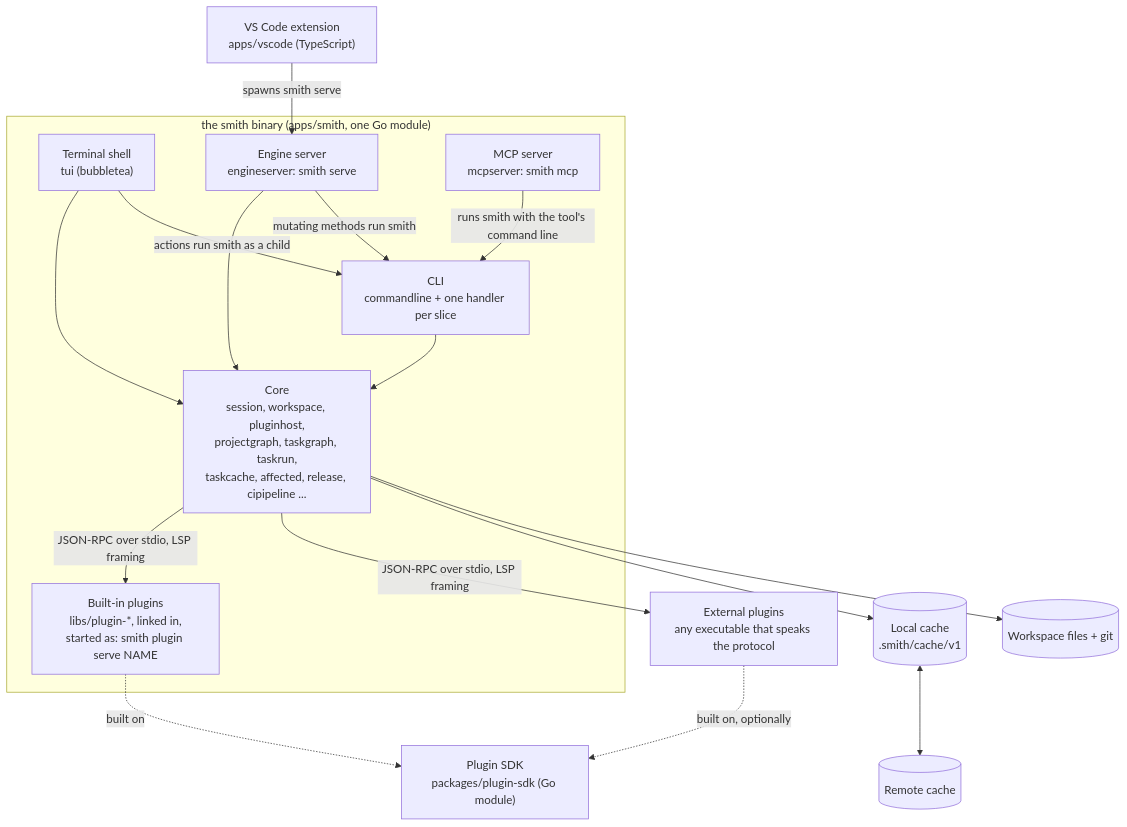
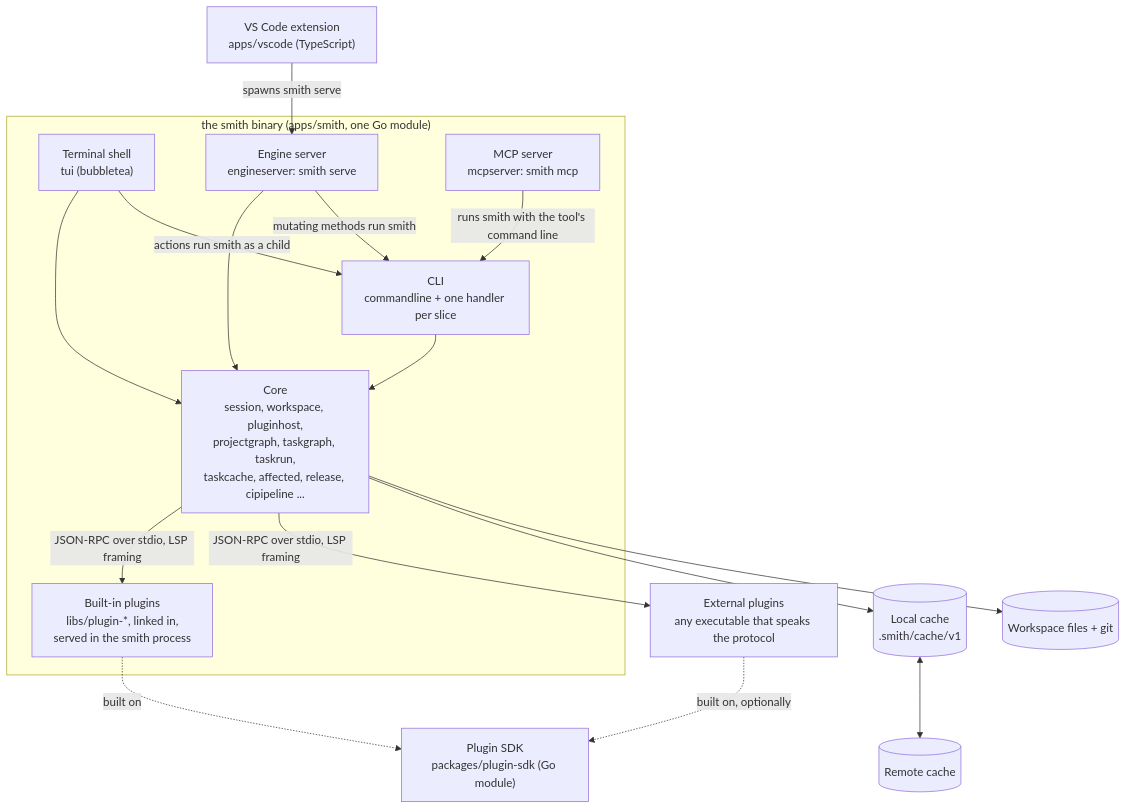
Before and after one commit to monosmith-app/monosmith: the second of 3 diagrams in docs/architecture/system-context.md, drawn with Mermaid. The commit also changed other lines of this file and 9 other files, not shown here.

First line of the commit message:
perf(plugins): built-in plugins run in the smith process, not one process each

````diff
--- a/docs/architecture/system-context.md
+++ b/docs/architecture/system-context.md
@@ -65,32 +65,32 @@
 ```mermaid
 flowchart TB
   subgraph bin["the smith binary (apps/smith, one Go module)"]
     cli["CLI<br/>commandline + one handler per slice"]
     tui["Terminal shell<br/>tui (bubbletea)"]
     eng["Engine server<br/>engineserver: smith serve"]
     mcp["MCP server<br/>mcpserver: smith mcp"]
     core["Core<br/>session, workspace, pluginhost,<br/>projectgraph, taskgraph, taskrun,<br/>taskcache, affected, release, cipipeline ..."]
-    builtin["Built-in plugins<br/>libs/plugin-*, linked in,<br/>started as: smith plugin serve NAME"]
+    builtin["Built-in plugins<br/>libs/plugin-*, linked in,<br/>served in the smith process"]
   end
   ext["External plugins<br/>any executable that speaks the protocol"]
   sdk["Plugin SDK<br/>packages/plugin-sdk (Go module)"]
   vsc["VS Code extension<br/>apps/vscode (TypeScript)"]
   local[("Local cache<br/>.smith/cache/v1")]
   remote[("Remote cache")]
   files[("Workspace files + git")]
 
   cli --> core
   tui --> core
   eng --> core
   mcp -->|"runs smith with the tool's command line"| cli
   eng -->|"mutating methods run smith"| cli
   tui -->|"actions run smith as a child"| cli
   core -->|"JSON-RPC over stdio, LSP framing"| builtin
   core -->|"JSON-RPC over stdio, LSP framing"| ext
   builtin -.->|"built on"| sdk
   ext -.->|"built on, optionally"| sdk
   core --> local
   local <--> remote
   core --> files
   vsc -->|"spawns smith serve"| eng
 ```
````
